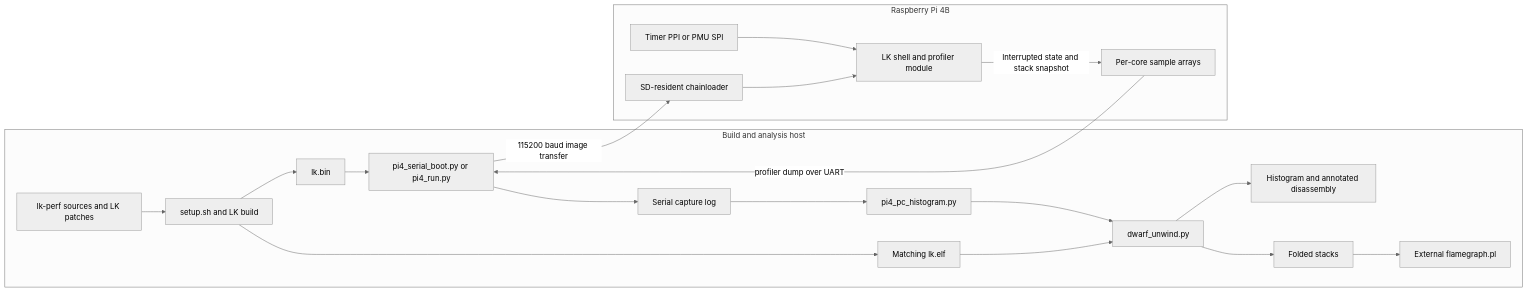
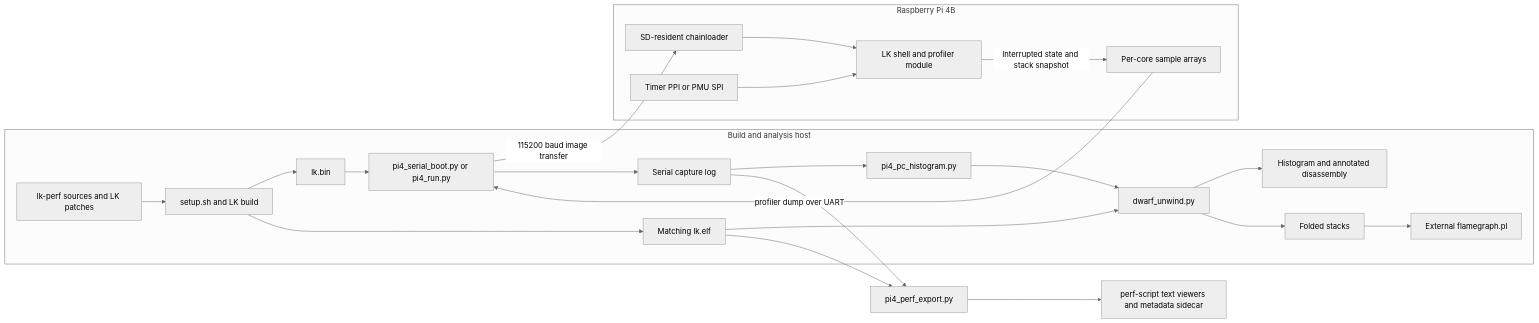
The first of 3 diagrams in docs/ARCHITECTURE.md (shadowfax80/lk-perf), drawn with Mermaid (neutral theme) before and after one commit. The commit also changed other lines of this file and 8 other files, not shown here.

Commit message:
Add verified timestamped perf-script export with quality metadata

````diff
--- a/docs/ARCHITECTURE.md
+++ b/docs/ARCHITECTURE.md
@@ -64,38 +70,41 @@
 ```mermaid
 flowchart LR
     subgraph Host[Build and analysis host]
         Repo[lk-perf sources and LK patches]
         Build[setup.sh and LK build]
         Bin[lk.bin]
         Elf[Matching lk.elf]
         Driver[pi4_serial_boot.py or pi4_run.py]
         Log[Serial capture log]
         Parse[pi4_pc_histogram.py]
         CFI[dwarf_unwind.py]
         Report[Histogram and annotated disassembly]
         Folded[Folded stacks]
         SVG[External flamegraph.pl]
     end
     subgraph Pi[Raspberry Pi 4B]
         Loader[SD-resident chainloader]
         LK[LK shell and profiler module]
         IRQ[Timer PPI or PMU SPI]
         Ring[Per-core sample arrays]
     end
     Repo --> Build
     Build --> Bin
     Build --> Elf
     Bin --> Driver
     Driver -->|115200 baud image transfer| Loader
     Loader --> LK
     IRQ --> LK
     LK -->|Interrupted state and stack snapshot| Ring
     Ring -->|profiler dump over UART| Driver
     Driver --> Log
     Log --> Parse
     Elf --> CFI
     Parse --> CFI
     CFI --> Report
     CFI --> Folded
     Folded --> SVG
+    Log --> Export[pi4_perf_export.py]
+    Elf --> Export
+    Export --> Viewers[perf-script text viewers and metadata sidecar]
 ```
````
